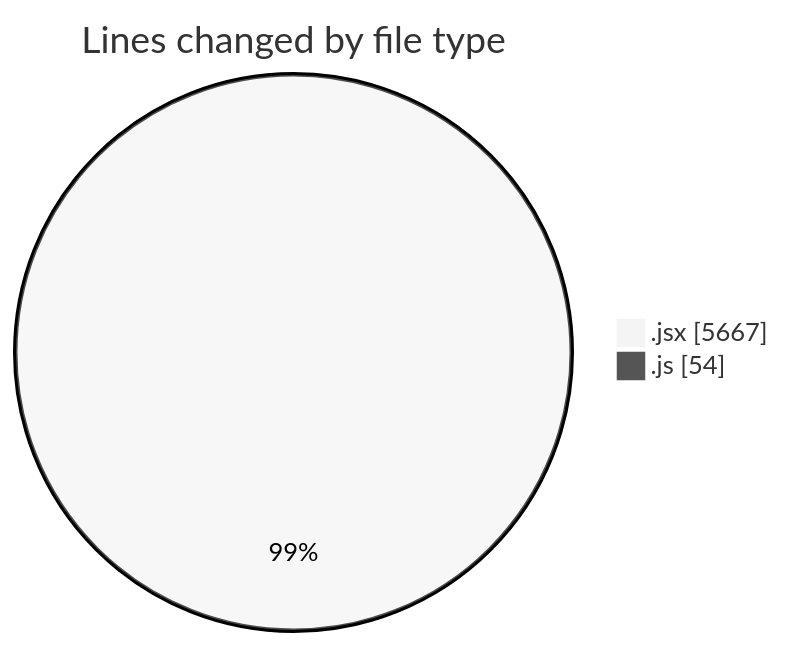
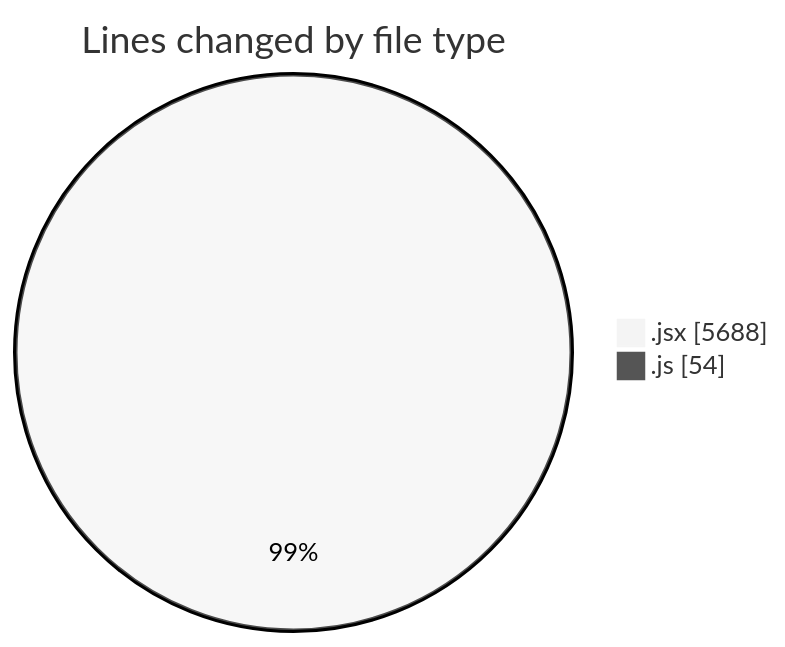
Before and after one commit to nxtqubesakshisongat/code-tracking: the first of 2 diagrams in 2025-06-25/nxtqube_webapp/README.md, drawn with Mermaid (neutral theme). The commit also changed other lines of this file and 1 other file, not shown here.

````diff
--- a/2025-06-25/nxtqube_webapp/README.md
+++ b/2025-06-25/nxtqube_webapp/README.md
@@ -24,6 +24,6 @@
 ```mermaid
 pie showData
 title Lines changed by file type
-".jsx" : 5667
+".jsx" : 5688
 ".js" : 54
 ```
````
